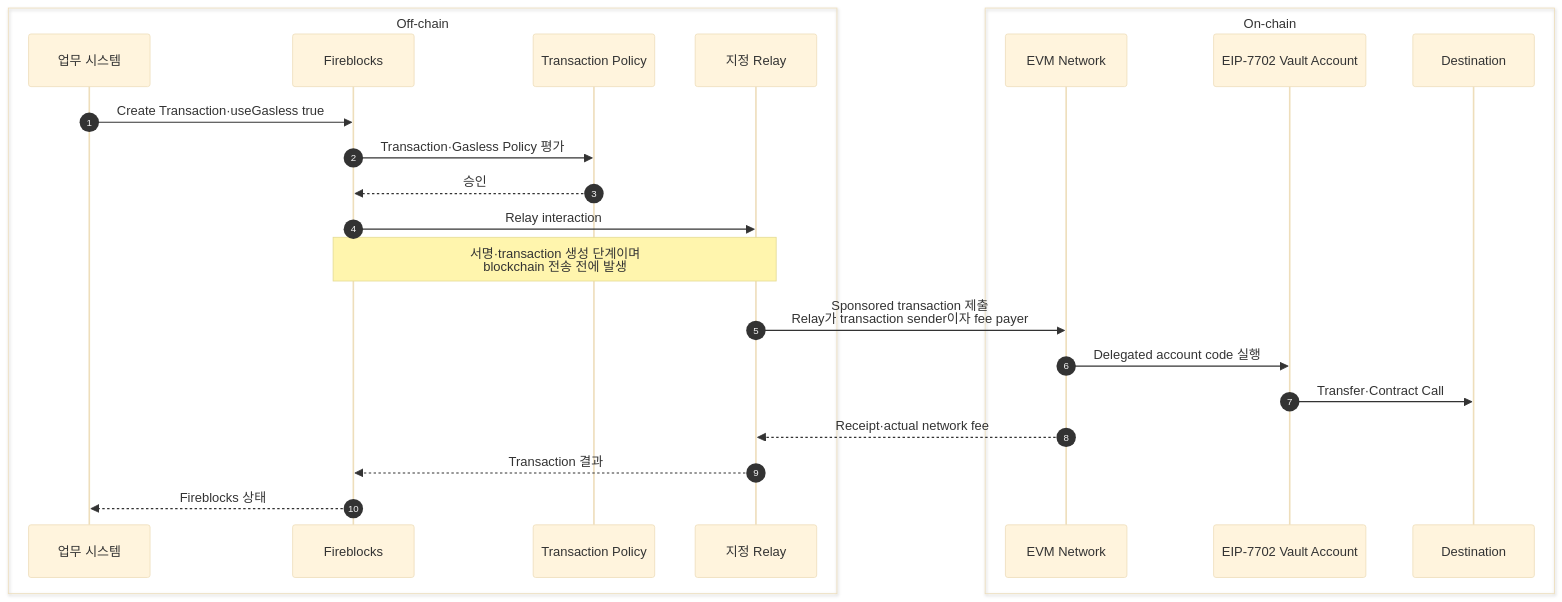
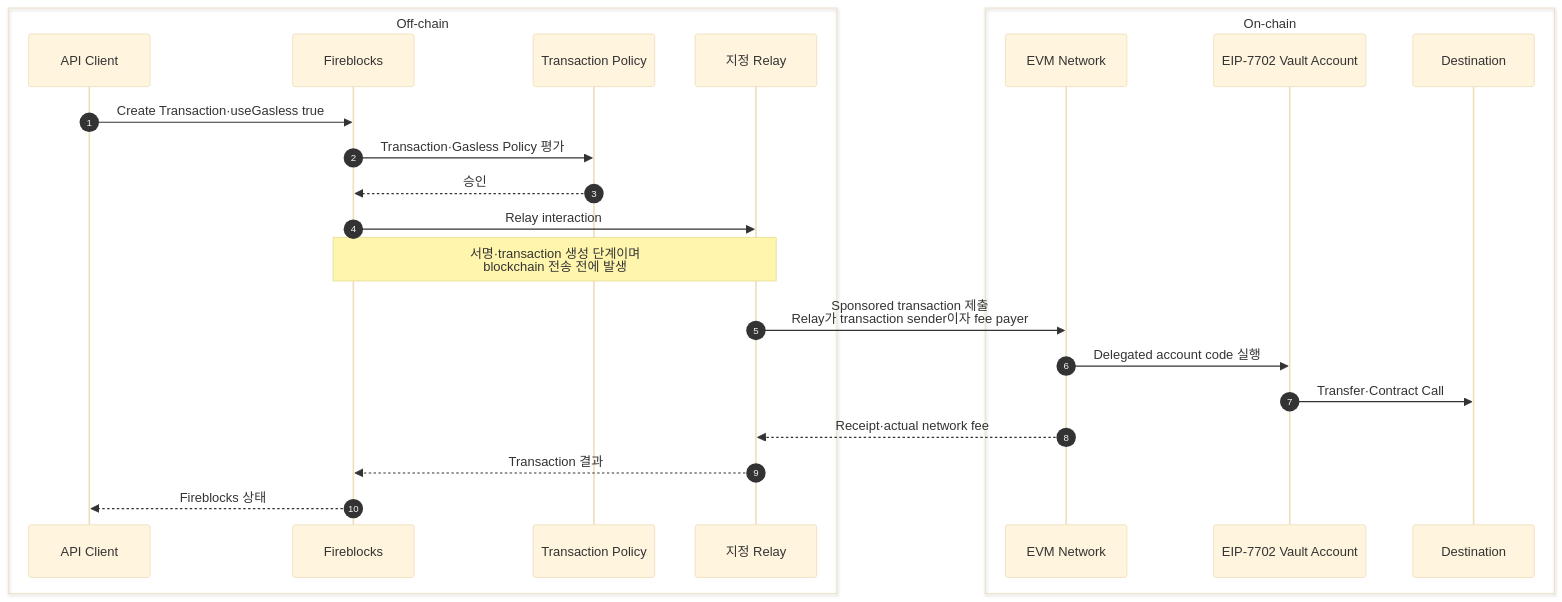
Before and after one commit to eunsujeo/eunpus: the first of 2 diagrams in blockchain-manager/docs/디지털 자산/가스대납/00-overview.md, drawn with Mermaid (base theme). The commit also changed other lines of this file and 34 other files, not shown here.

````diff
--- a/blockchain-manager/docs/디지털 자산/가스대납/00-overview.md
+++ b/blockchain-manager/docs/디지털 자산/가스대납/00-overview.md
@@ -26,27 +26,27 @@
 ```mermaid
 sequenceDiagram
     autonumber
     box Off-chain
-        participant C as 업무 시스템
+        participant C as API Client
         participant F as Fireblocks
         participant P as Transaction Policy
         participant R as 지정 Relay
     end
     box On-chain
         participant N as EVM Network
         participant V as EIP-7702 Vault Account
         participant D as Destination
     end
 
     C->>F: Create Transaction·useGasless true
     F->>P: Transaction·Gasless Policy 평가
     P-->>F: 승인
     F->>R: Relay interaction
     Note over F,R: 서명·transaction 생성 단계이며<br/>blockchain 전송 전에 발생
     R->>N: Sponsored transaction 제출<br/>Relay가 transaction sender이자 fee payer
     N->>V: Delegated account code 실행
     V->>D: Transfer·Contract Call
     N-->>R: Receipt·actual network fee
     R-->>F: Transaction 결과
     F-->>C: Fireblocks 상태
 ```
````
